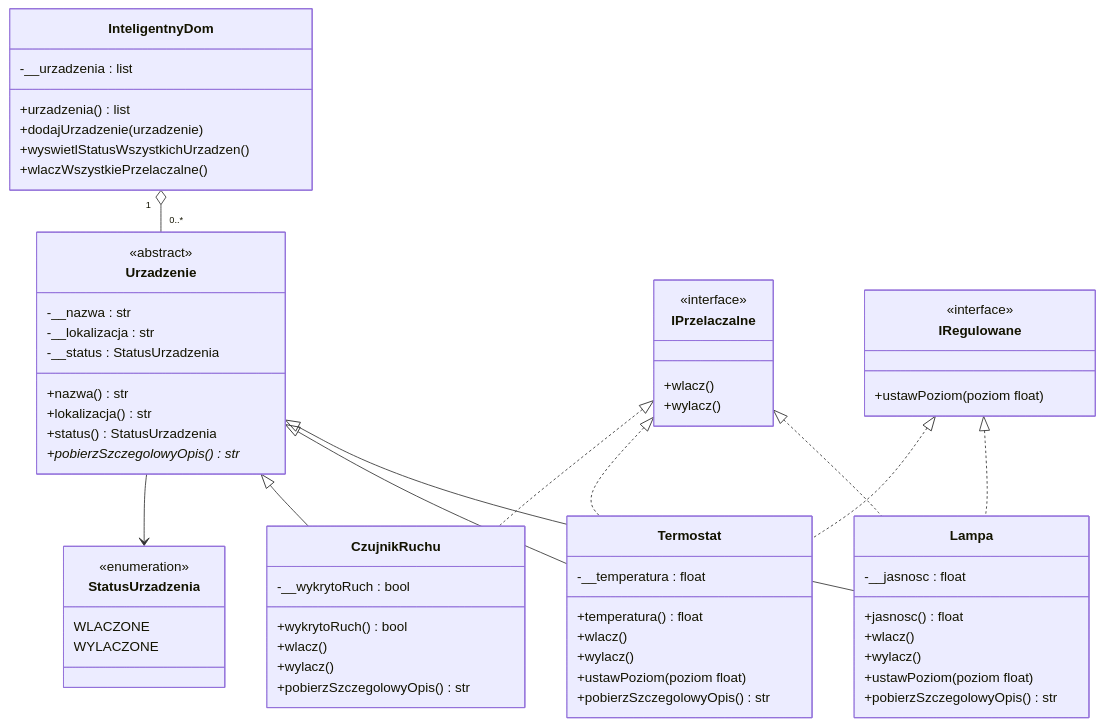
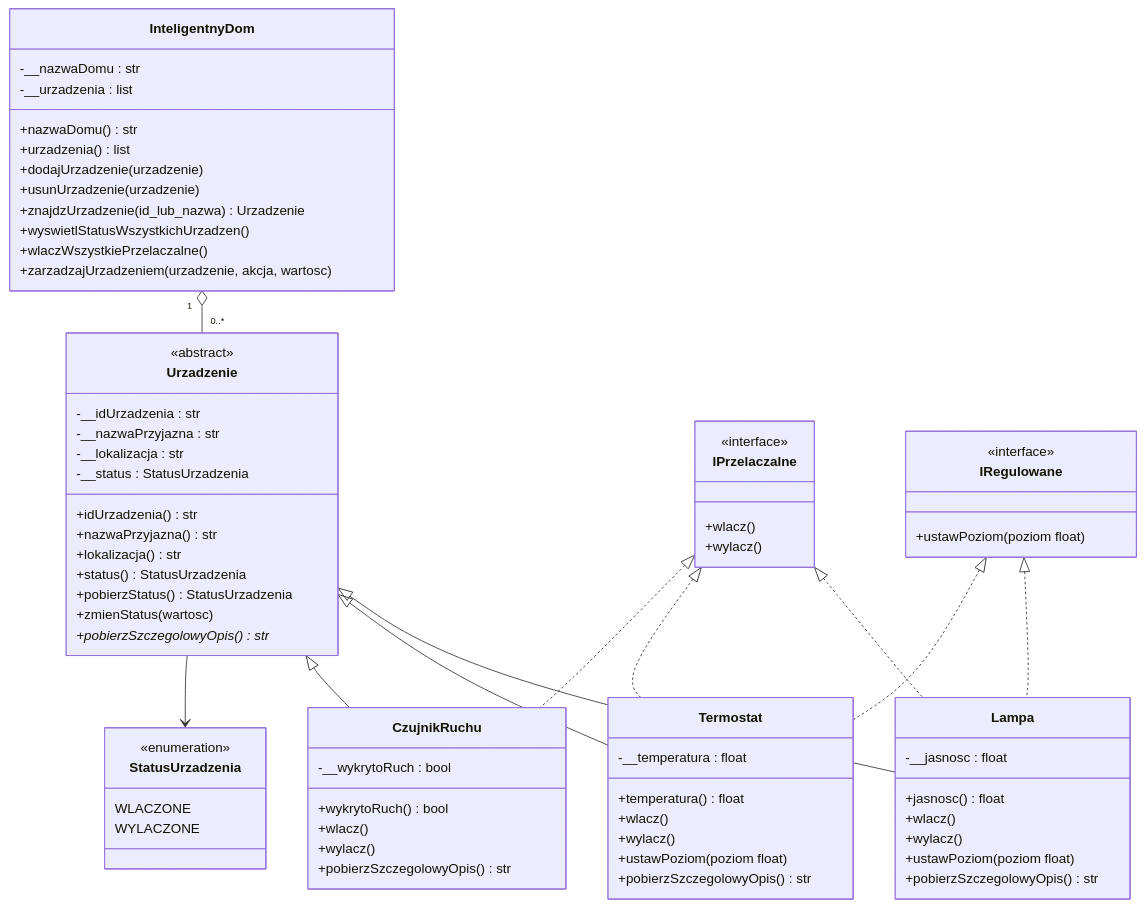
The diagram in README.md (Radoslaw-Stepien/Smart-home-OOP-python), drawn with Mermaid before and after one commit. The commit also changed other lines of this file and 4 other files, not shown here.

```diff
--- a/README.md
+++ b/README.md
@@ -58,21 +58,30 @@
 
     class Urzadzenie {
         <<abstract>>
-        -__nazwa : str
+        -__idUrzadzenia : str
+        -__nazwaPrzyjazna : str
         -__lokalizacja : str
         -__status : StatusUrzadzenia
-        +nazwa() str
+        +idUrzadzenia() str
+        +nazwaPrzyjazna() str
         +lokalizacja() str
         +status() StatusUrzadzenia
+        +pobierzStatus() StatusUrzadzenia
+        +zmienStatus(wartosc)
         +pobierzSzczegolowyOpis()* str
     }
 
     class InteligentnyDom {
+        -__nazwaDomu : str
         -__urzadzenia : list
+        +nazwaDomu() str
         +urzadzenia() list
         +dodajUrzadzenie(urzadzenie)
+        +usunUrzadzenie(urzadzenie)
+        +znajdzUrzadzenie(id_lub_nazwa) Urzadzenie
         +wyswietlStatusWszystkichUrzadzen()
         +wlaczWszystkiePrzelaczalne()
+        +zarzadzajUrzadzeniem(urzadzenie, akcja, wartosc)
     }
 
     class IPrzelaczalne {
```
